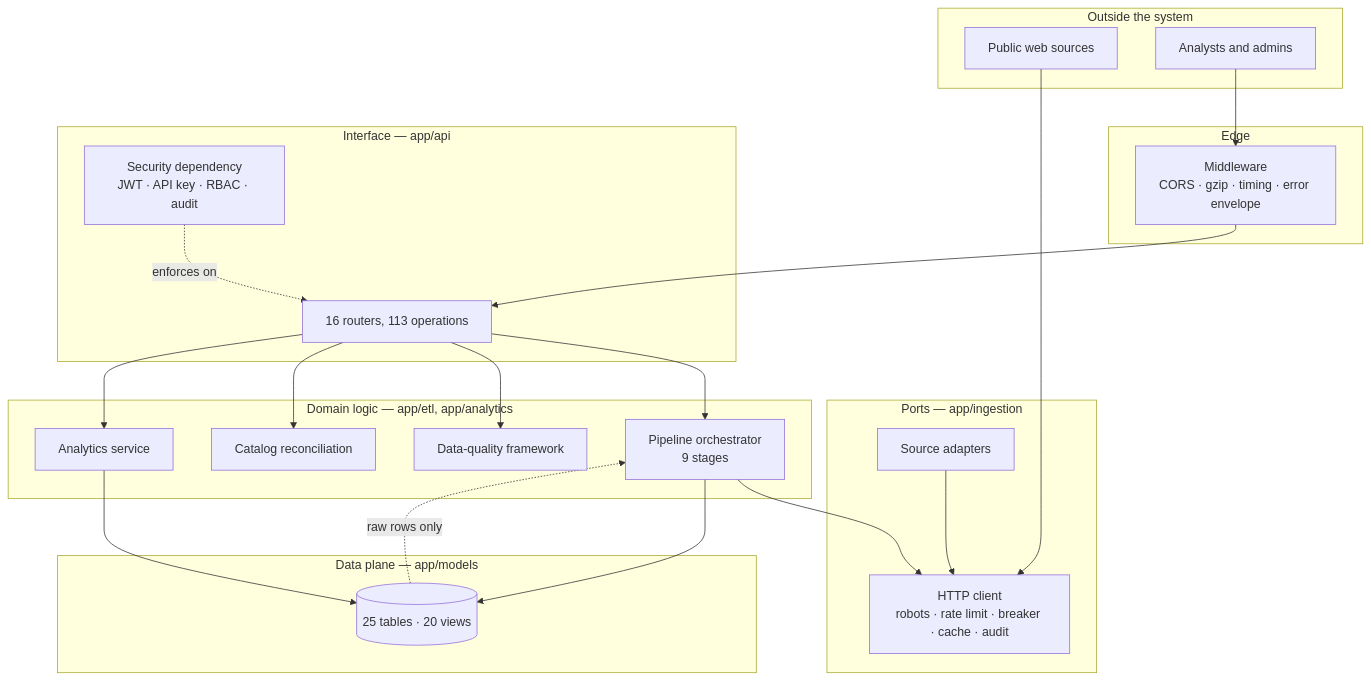
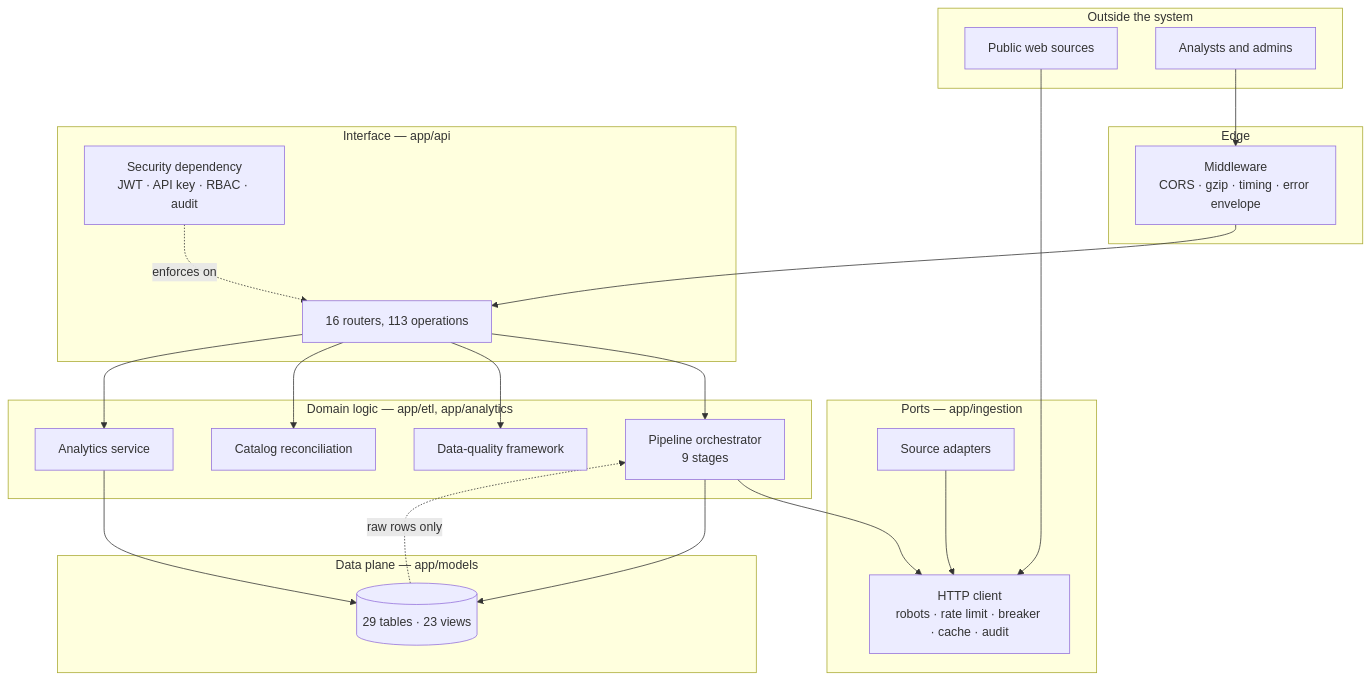
One commit to Ahmedbakr78/Web-to-Warehouse-Product-Intelligence-Pipeline changed the first of 6 diagrams in docs/21_architecture_deep_dive.md. Above: the diagram before and after it, drawn with Mermaid. The commit also changed other lines of this file and 92 other files, not shown here.

````diff
--- a/docs/21_architecture_deep_dive.md
+++ b/docs/21_architecture_deep_dive.md
@@ -26,42 +26,42 @@
 ```mermaid
 flowchart TB
     subgraph EXT["Outside the system"]
         WEB["Public web sources"]
         HUMAN["Analysts and admins"]
     end
 
     subgraph EDGE["Edge"]
         MWS["Middleware<br/>CORS · gzip · timing · error envelope"]
     end
 
     subgraph API["Interface — app/api"]
         RT["16 routers, 113 operations"]
         SEC["Security dependency<br/>JWT · API key · RBAC · audit"]
     end
 
     subgraph DOMAIN["Domain logic — app/etl, app/analytics"]
         PIPE["Pipeline orchestrator<br/>9 stages"]
         DQ["Data-quality framework"]
         REC["Catalog reconciliation"]
         AN["Analytics service"]
     end
 
     subgraph PORT["Ports — app/ingestion"]
         HTTP["HTTP client<br/>robots · rate limit · breaker · cache · audit"]
         SRC["Source adapters"]
     end
 
     subgraph DATA["Data plane — app/models"]
-        WH[("25 tables · 20 views")]
+        WH[("29 tables · 23 views")]
     end
 
     WEB --> HTTP
     HUMAN --> MWS
     MWS --> RT
     SEC -.enforces on.-> RT
     RT --> PIPE & DQ & REC & AN
     PIPE --> HTTP & WH
     SRC --> HTTP
     AN --> WH
     WH -.raw rows only.-> PIPE
 ```
````
